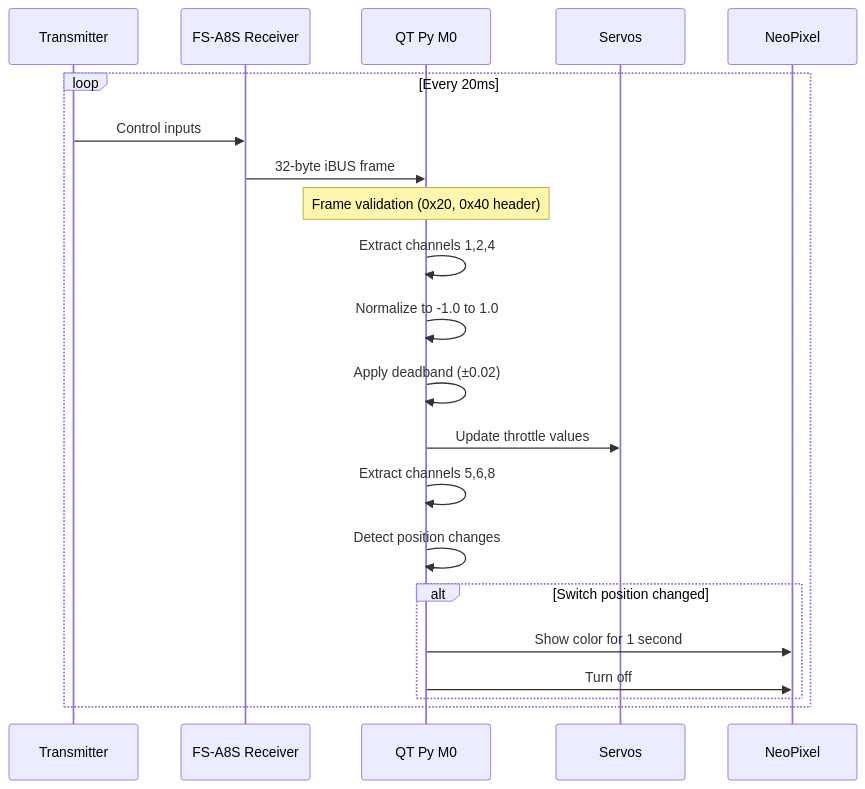
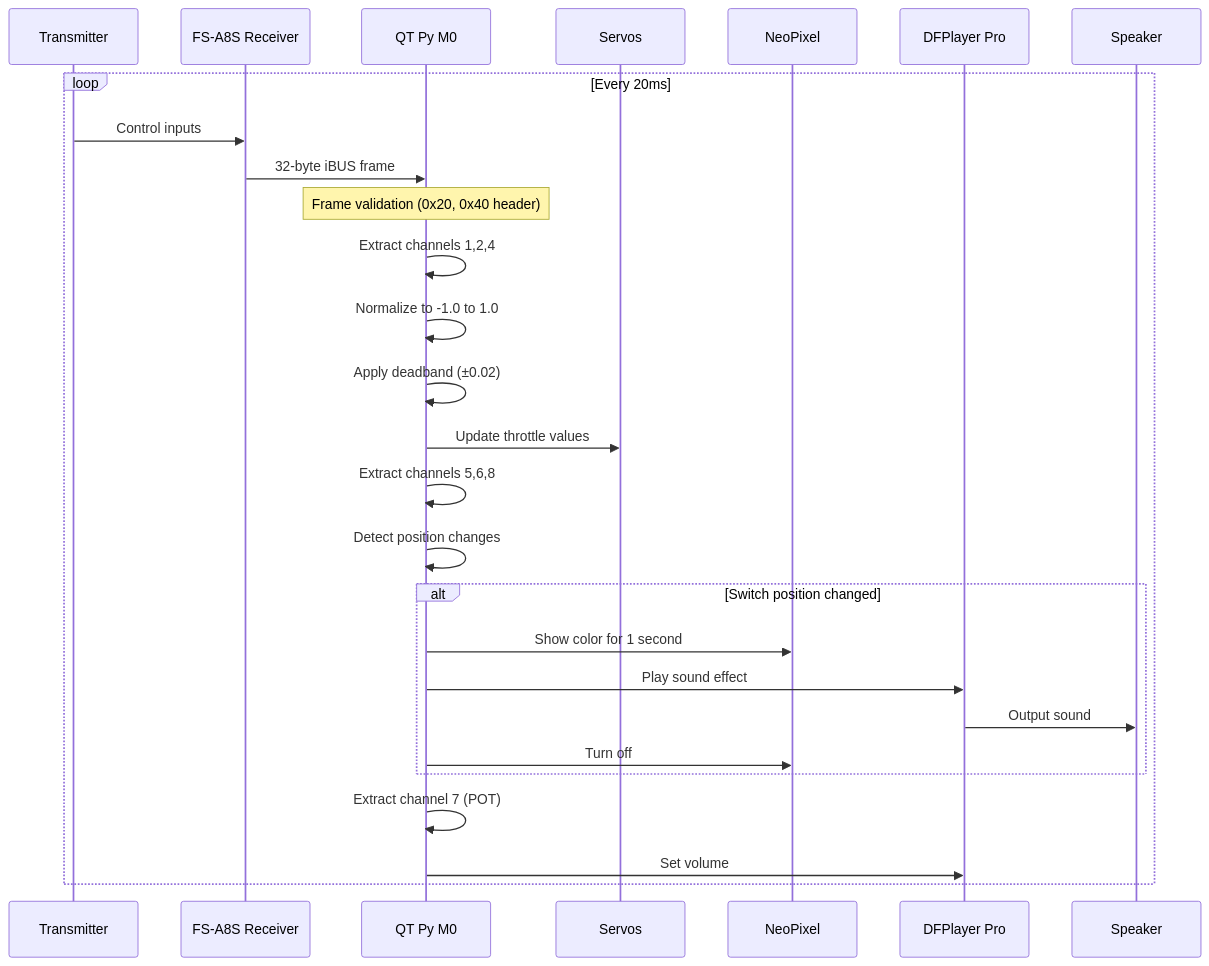
Before and after one commit to justgrumpy/QTPY-C1-10P: the second of 3 diagrams in README.md, drawn with Mermaid. The commit also changed other lines of this file, not shown here.

````diff
--- a/README.md
+++ b/README.md
@@ -95,28 +100,35 @@
 ```mermaid
 sequenceDiagram
     participant TX as Transmitter
     participant RX as FS-A8S Receiver
     participant QT as QT Py M0
     participant Servo as Servos
     participant LED as NeoPixel
+    participant DF as DFPlayer Pro
+    participant SPK as Speaker
     
     loop Every 20ms
         TX->>RX: Control inputs
         RX->>QT: 32-byte iBUS frame
         
         Note over QT: Frame validation (0x20, 0x40 header)
         
         QT->>QT: Extract channels 1,2,4
         QT->>QT: Normalize to -1.0 to 1.0
         QT->>QT: Apply deadband (±0.02)
         QT->>Servo: Update throttle values
         
         QT->>QT: Extract channels 5,6,8
         QT->>QT: Detect position changes
         
         alt Switch position changed
             QT->>LED: Show color for 1 second
+            QT->>DF: Play sound effect
+            DF->>SPK: Output sound
             QT->>LED: Turn off
         end
+        
+        QT->>QT: Extract channel 7 (POT)
+        QT->>DF: Set volume
     end
 ```
````
